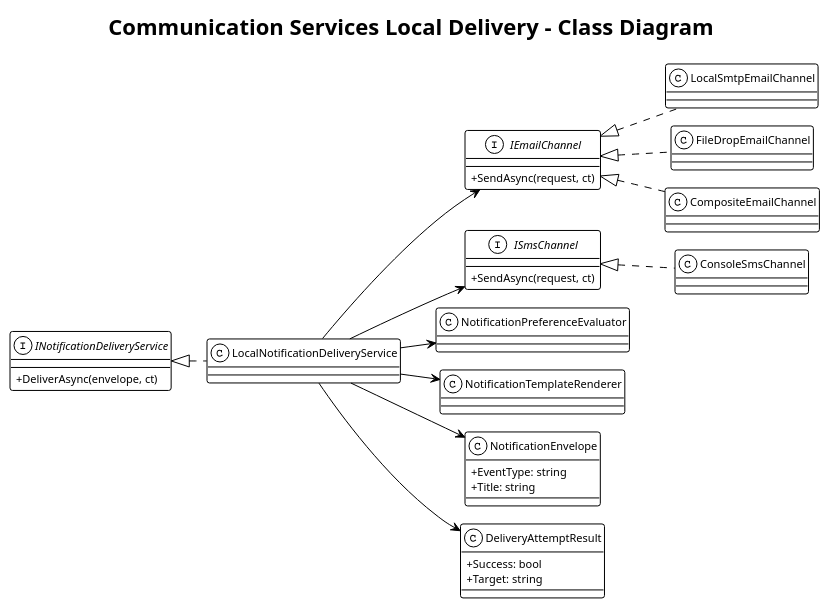
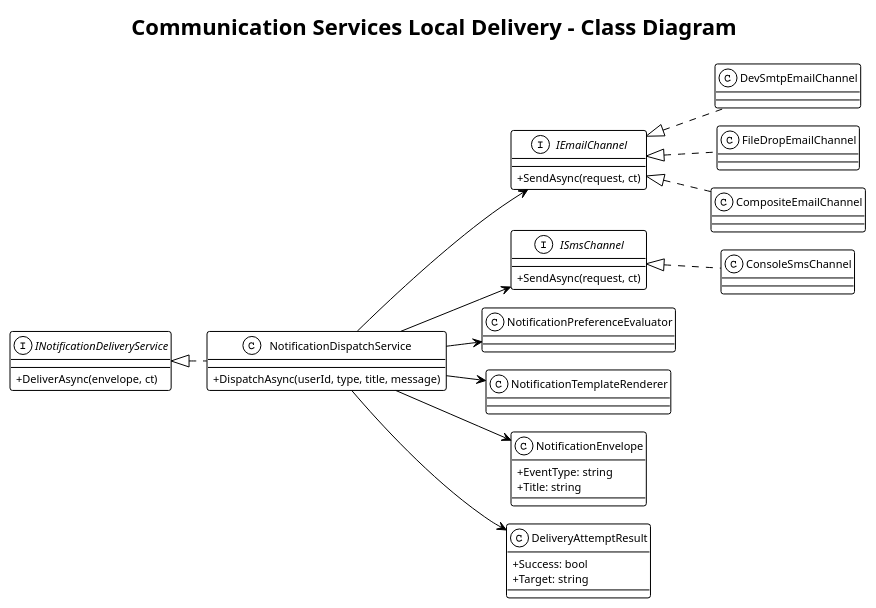
Before and after one commit to QuinntyneBrown/Toromont: the diagram in docs/detailed-designs/20-communication-services-local-delivery/diagrams/class_diagram.puml, drawn with PlantUML. The commit also changed 13 other files, not shown here.

First line of the commit message:
docs: update detailed designs 19-21, create design 22 (Azure Functions local dev)

```diff
--- a/docs/detailed-designs/20-communication-services-local-delivery/diagrams/class_diagram.puml
+++ b/docs/detailed-designs/20-communication-services-local-delivery/diagrams/class_diagram.puml
@@ -1,53 +1,55 @@
 @startuml class_diagram
 !theme plain
 !pragma layout smetana
 left to right direction
 skinparam classAttributeIconSize 0
 skinparam shadowing false
 skinparam defaultFontSize 11
 
 title Communication Services Local Delivery - Class Diagram
 
 interface INotificationDeliveryService {
   +DeliverAsync(envelope, ct)
 }
 
 interface IEmailChannel {
   +SendAsync(request, ct)
 }
 
 interface ISmsChannel {
   +SendAsync(request, ct)
 }
 
-class LocalNotificationDeliveryService
+class NotificationDispatchService {
+  +DispatchAsync(userId, type, title, message)
+}
 class NotificationPreferenceEvaluator
 class NotificationTemplateRenderer
-class LocalSmtpEmailChannel
+class DevSmtpEmailChannel
 class FileDropEmailChannel
 class CompositeEmailChannel
 class ConsoleSmsChannel
 
 class NotificationEnvelope {
   +EventType: string
   +Title: string
 }
 
 class DeliveryAttemptResult {
   +Success: bool
   +Target: string
 }
 
-INotificationDeliveryService <|.. LocalNotificationDeliveryService
-LocalNotificationDeliveryService --> NotificationPreferenceEvaluator
-LocalNotificationDeliveryService --> NotificationTemplateRenderer
-LocalNotificationDeliveryService --> IEmailChannel
-LocalNotificationDeliveryService --> ISmsChannel
-IEmailChannel <|.. LocalSmtpEmailChannel
+INotificationDeliveryService <|.. NotificationDispatchService
+NotificationDispatchService --> NotificationPreferenceEvaluator
+NotificationDispatchService --> NotificationTemplateRenderer
+NotificationDispatchService --> IEmailChannel
+NotificationDispatchService --> ISmsChannel
+IEmailChannel <|.. DevSmtpEmailChannel
 IEmailChannel <|.. FileDropEmailChannel
 IEmailChannel <|.. CompositeEmailChannel
 ISmsChannel <|.. ConsoleSmsChannel
-LocalNotificationDeliveryService --> NotificationEnvelope
-LocalNotificationDeliveryService --> DeliveryAttemptResult
+NotificationDispatchService --> NotificationEnvelope
+NotificationDispatchService --> DeliveryAttemptResult
 
 @enduml
```
